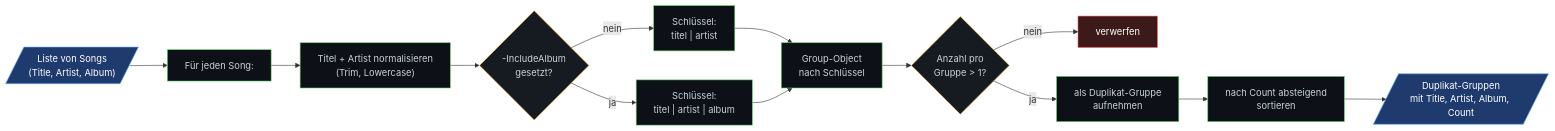
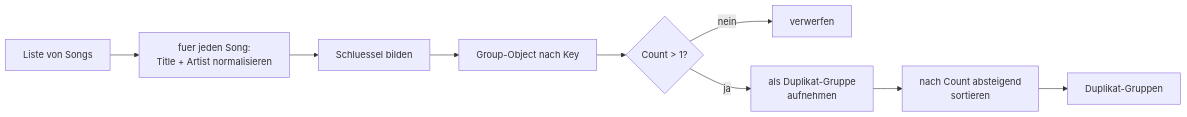
The fifth of 6 diagrams in anhang/flowchart.md (leandrosab/spotify-dup), drawn with Mermaid before and after one commit. The commit also changed other lines of this file, not shown here.

Commit message:
Fixed Flowchart V.2

````diff
--- a/anhang/flowchart.md
+++ b/anhang/flowchart.md
@@ -214,25 +121,11 @@
 ```mermaid
 flowchart LR
-    Input[/"Liste von Songs<br/>(Title, Artist, Album)"/] --> Loop["Für jeden Song:"]
-    Loop --> Norm["Titel + Artist normalisieren<br/>(Trim, Lowercase)"]
-    Norm --> Key{"-IncludeAlbum<br/>gesetzt?"}
-    Key -->|ja| Key3["Schlüssel:<br/>titel | artist | album"]
-    Key -->|nein| Key2["Schlüssel:<br/>titel | artist"]
-    Key2 --> Group["Group-Object<br/>nach Schlüssel"]
-    Key3 --> Group
-    Group --> Filter{"Anzahl pro<br/>Gruppe > 1?"}
-    Filter -->|nein| Drop[verwerfen]
-    Filter -->|ja| Keep["als Duplikat-Gruppe<br/>aufnehmen"]
-    Keep --> Sort["nach Count absteigend<br/>sortieren"]
-    Sort --> Output[/"Duplikat-Gruppen<br/>mit Title, Artist, Album, Count"/]
-
-    classDef inout fill:#1f3b6e,stroke:#58a6ff,color:#fff
-    classDef proc fill:#0d1117,stroke:#56d364,color:#c9d1d9
-    classDef decision fill:#161b22,stroke:#f0b033,color:#c9d1d9
-    classDef drop fill:#3d1a1a,stroke:#f85149,color:#fff
-
-    class Input,Output inout
-    class Loop,Norm,Key2,Key3,Group,Keep,Sort proc
-    class Key,Filter decision
-    class Drop drop
+    A[Liste von Songs] --> B[fuer jeden Song:<br>Title + Artist normalisieren]
+    B --> C[Schluessel bilden]
+    C --> D[Group-Object nach Key]
+    D --> E{Count > 1?}
+    E -->|nein| F[verwerfen]
+    E -->|ja| G[als Duplikat-Gruppe<br>aufnehmen]
+    G --> H[nach Count absteigend<br>sortieren]
+    H --> I[Duplikat-Gruppen]
 ```
````
